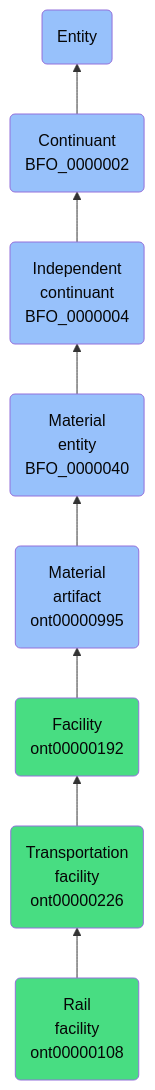
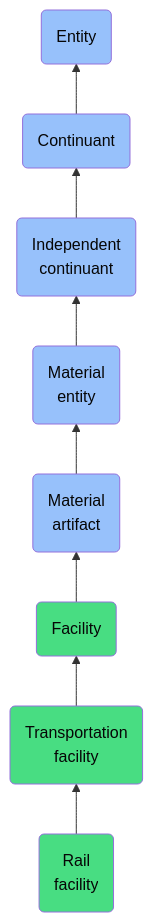
One commit to jupyter-naas/abi changed the diagram in docs/ontology/reference/model/Entity/Continuant/Independent continuant/Material entity/Material artifact/Facility/Transportation facility/Rail facility/Rail facility.md. Above: the diagram before and after it, drawn with Mermaid. The commit also changed other lines of this file and 1430 other files, not shown here.

````diff
--- a/docs/ontology/reference/model/Entity/Continuant/Independent continuant/Material entity/Material artifact/Facility/Transportation facility/Rail facility/Rail facility.md
+++ b/docs/ontology/reference/model/Entity/Continuant/Independent continuant/Material entity/Material artifact/Facility/Transportation facility/Rail facility/Rail facility.md
@@ -24,15 +24,15 @@
 ```mermaid
 graph BT
-    ont00000108(Rail<br>facility<br>ont00000108):::ABI-->ont00000226
-    ont00000226(Transportation<br>facility<br>ont00000226):::ABI-->ont00000192
-    ont00000192(Facility<br>ont00000192):::ABI-->ont00000995
-    ont00000995(Material<br>artifact<br>ont00000995):::BFO-->BFO_0000040
-    BFO_0000040(Material<br>entity<br>BFO_0000040):::BFO-->BFO_0000004
-    BFO_0000004(Independent<br>continuant<br>BFO_0000004):::BFO-->BFO_0000002
-    BFO_0000002(Continuant<br>BFO_0000002):::BFO-->BFO_0000001
+    ont00000108(Rail<br>facility):::ABI-->ont00000226
+    ont00000226(Transportation<br>facility):::ABI-->ont00000192
+    ont00000192(Facility):::ABI-->ont00000995
+    ont00000995(Material<br>artifact):::BFO-->BFO_0000040
+    BFO_0000040(Material<br>entity):::BFO-->BFO_0000004
+    BFO_0000004(Independent<br>continuant):::BFO-->BFO_0000002
+    BFO_0000002(Continuant):::BFO-->BFO_0000001
     BFO_0000001(Entity):::BFO
     
     classDef BFO fill:#97c1fb,color:#060606
     classDef CCO fill:#e4c51e,color:#060606
     classDef ABI fill:#48DD82,color:#060606
 ```
````
